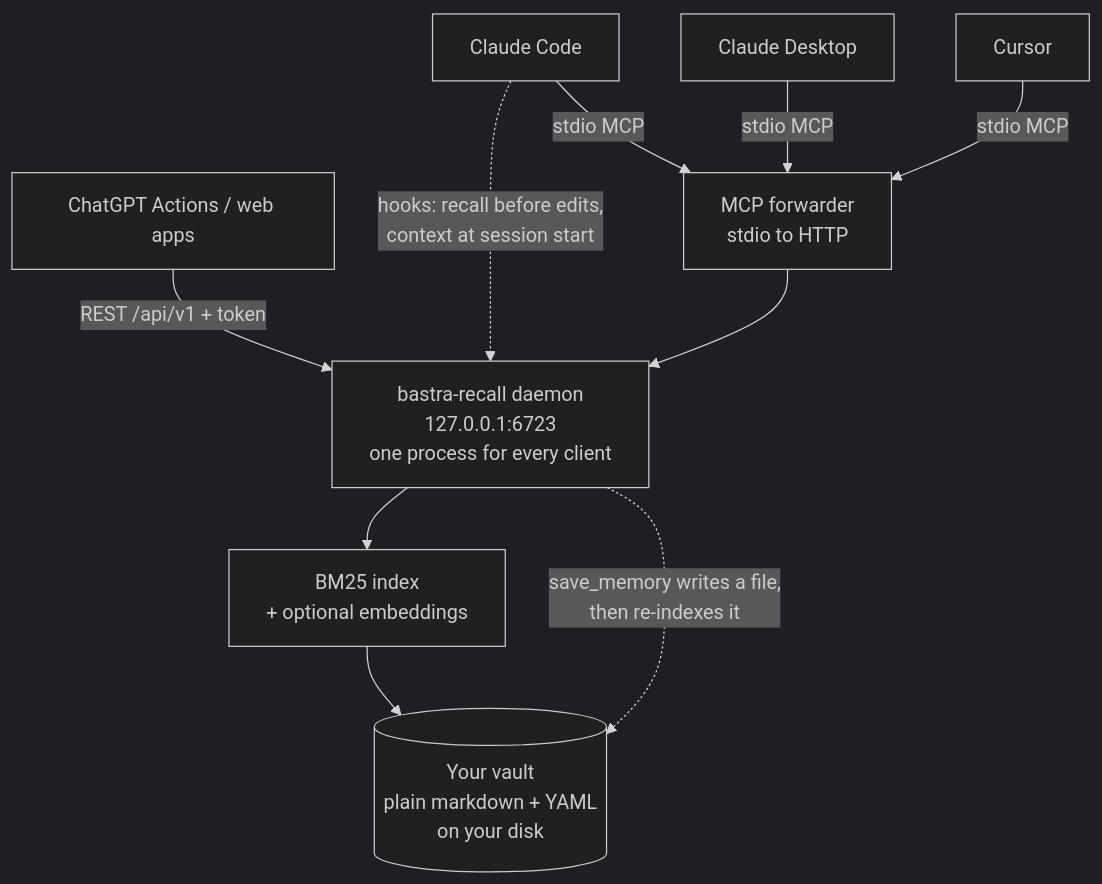
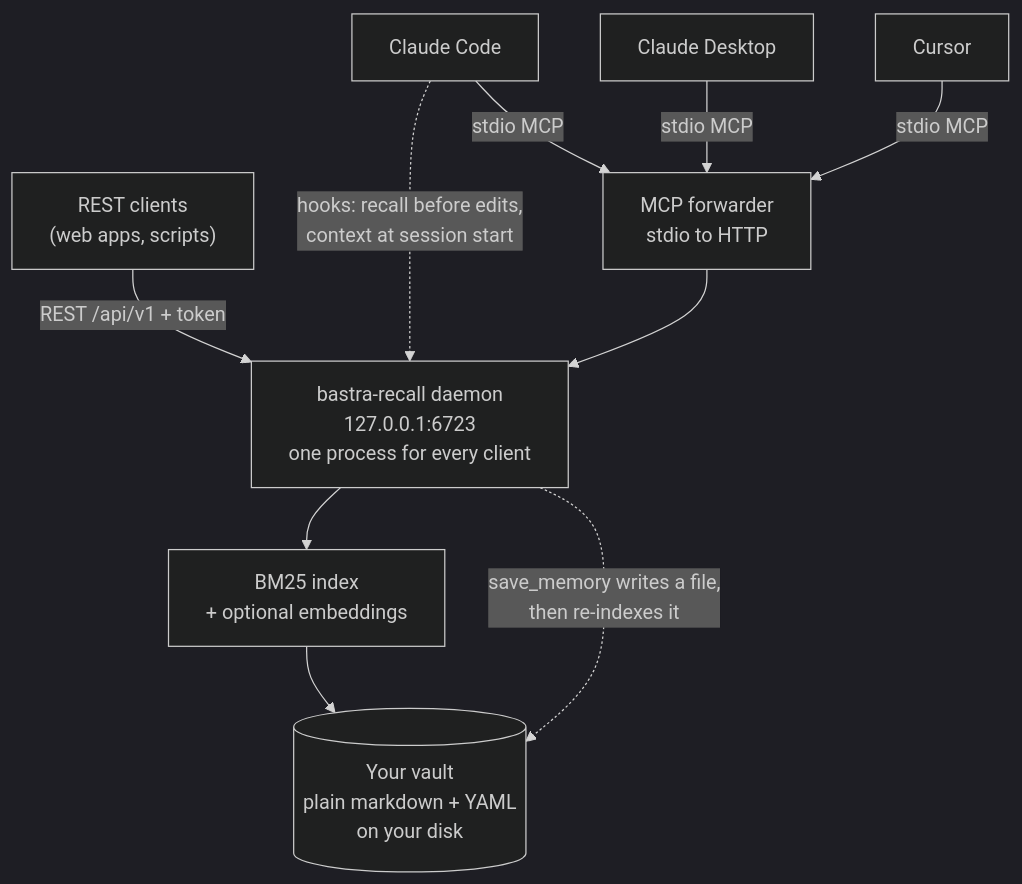
Before and after one commit to danielautoland/nexus-recall: the first of 2 diagrams in README.md, drawn with Mermaid (dark theme). The commit also changed other lines of this file and 2 other files, not shown here.

````diff
--- a/README.md
+++ b/README.md
@@ -59,19 +71,19 @@
 ```mermaid
 flowchart TB
     CC["Claude Code"]
     CD["Claude Desktop"]
     CU["Cursor"]
-    WEB["ChatGPT Actions / web apps"]
+    WEB["REST clients<br/>(web apps, scripts)"]
 
     CC -->|stdio MCP| FWD["MCP forwarder<br/>stdio to HTTP"]
     CD -->|stdio MCP| FWD
     CU -->|stdio MCP| FWD
     WEB -->|"REST /api/v1 + token"| D
     CC -.->|"hooks: recall before edits,<br/>context at session start"| D
 
     FWD --> D["bastra-recall daemon<br/>127.0.0.1:6723<br/>one process for every client"]
     D --> IDX["BM25 index<br/>+ optional embeddings"]
     IDX --> V[("Your vault<br/>plain markdown + YAML<br/>on your disk")]
 
     D -.->|"save_memory writes a file,<br/>then re-indexes it"| V
 ```
````
